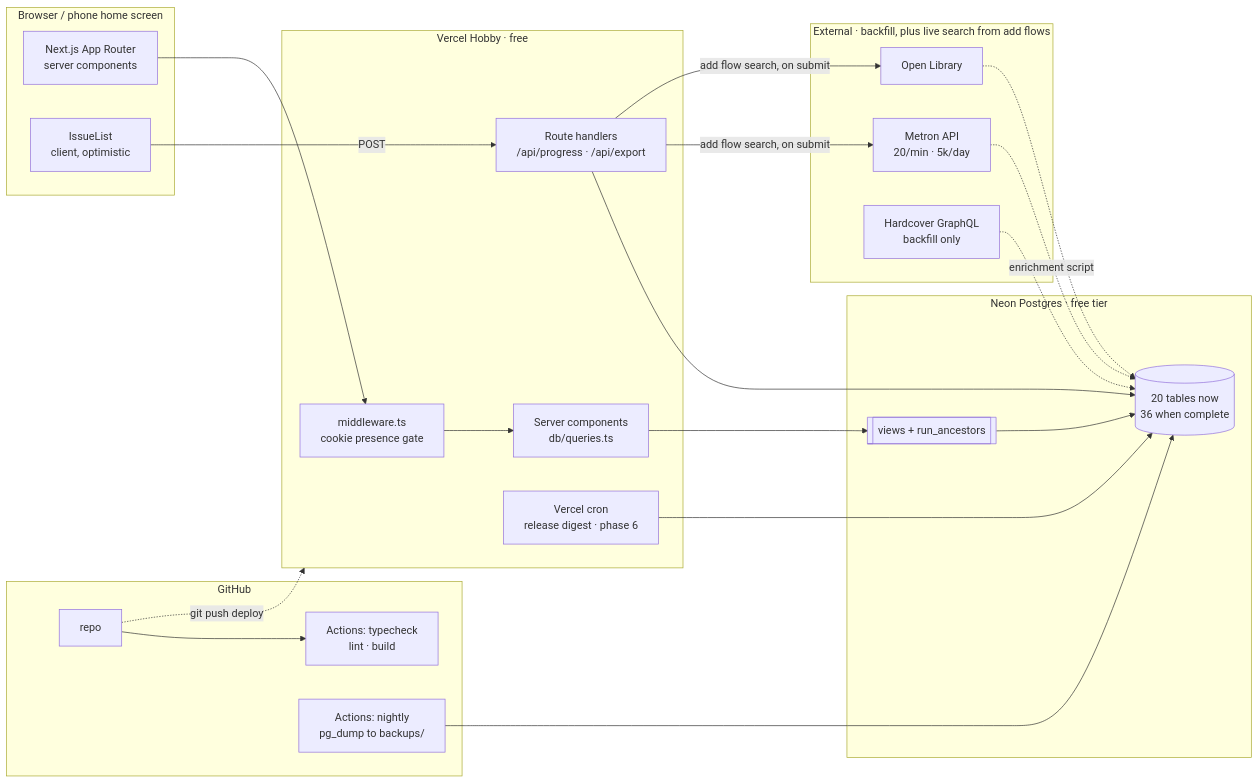
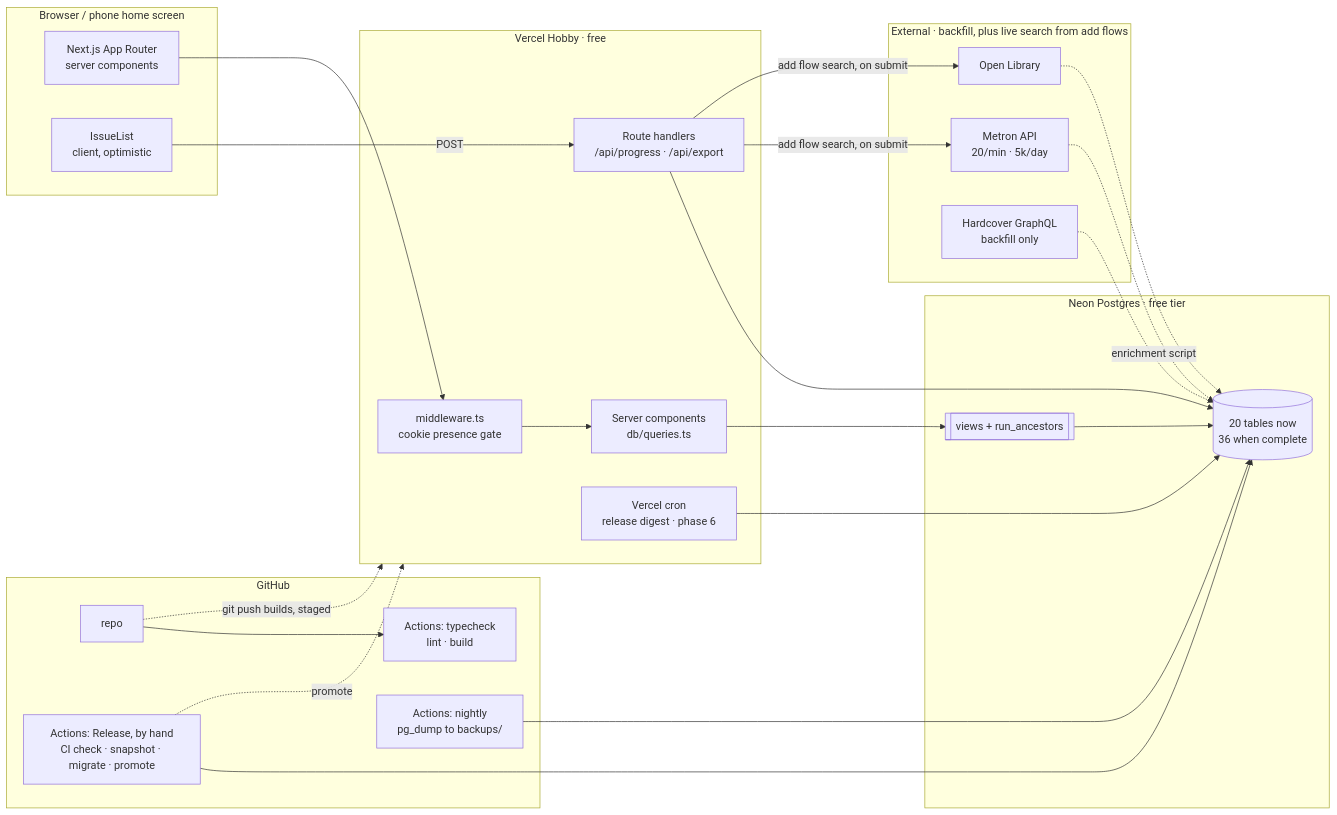
Before and after one commit to jtillmanio/ledger: the seventh of 14 diagrams in docs/DIAGRAMS.md, drawn with Mermaid. The commit also changed 11 other files, not shown here.

````diff
--- a/docs/DIAGRAMS.md
+++ b/docs/DIAGRAMS.md
@@ -375,43 +375,46 @@
 ```mermaid
 flowchart LR
     subgraph client [Browser / phone home screen]
         UI["Next.js App Router<br/>server components"]
         SPINE["IssueList<br/>client, optimistic"]
     end
 
     subgraph vercel [Vercel Hobby · free]
         MW["middleware.ts<br/>cookie presence gate"]
         RSC["Server components<br/>db/queries.ts"]
         API["Route handlers<br/>/api/progress · /api/export"]
         CRON["Vercel cron<br/>release digest · phase 6"]
     end
 
     subgraph neon [Neon Postgres · free tier]
         TBL[(20 tables now<br/>36 when complete)]
         VW[[views + run_ancestors]]
     end
 
     subgraph ext [External · backfill, plus live search from add flows]
         METRON[Metron API<br/>20/min · 5k/day]
         OL[Open Library]
         HC[Hardcover GraphQL<br/>backfill only]
     end
 
     subgraph gh [GitHub]
         REPO[repo]
         CI["Actions: typecheck<br/>lint · build"]
         BAK["Actions: nightly<br/>pg_dump to backups/"]
+        REL["Actions: Release, by hand<br/>CI check · snapshot · migrate · promote"]
     end
 
     UI --> MW --> RSC --> VW --> TBL
     SPINE -- POST --> API --> TBL
     REPO --> CI
-    REPO -. git push deploy .-> vercel
+    REPO -. git push builds, staged .-> vercel
+    REL --> TBL
+    REL -. promote .-> vercel
     BAK --> TBL
     METRON -. enrichment script .-> TBL
     OL -.-> TBL
     HC -.-> TBL
     CRON --> TBL
     API -- "add flow search, on submit" --> METRON
     API -- "add flow search, on submit" --> OL
 ```
````
